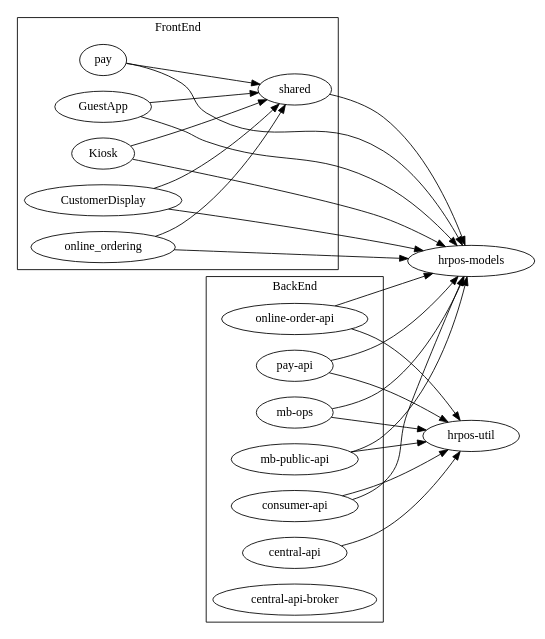
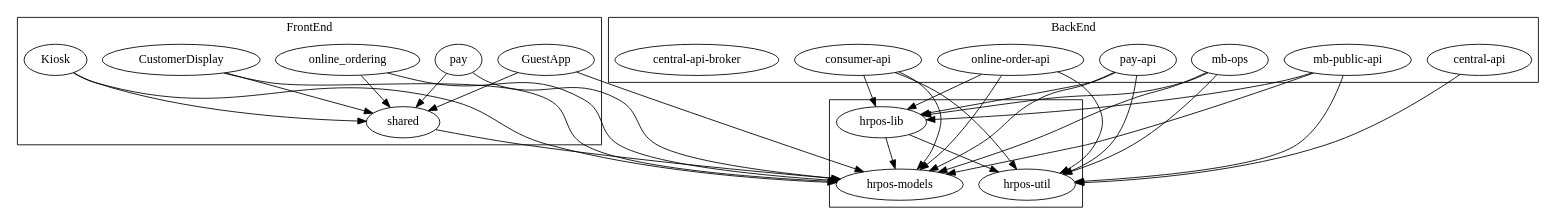
Before and after one commit to tnortman/notes: the diagram in dep-graphs/proposed.dot, drawn with Graphviz. The commit also changed 7 other files, not shown here.

Commit message:
More charts

```diff
--- a/dep-graphs/proposed.dot
+++ b/dep-graphs/proposed.dot
@@ -1,47 +1,50 @@
 digraph G {
-    rankdir="LR"
+    rankdir="TD"
 
     "GuestApp" -> { "hrpos-models" "shared" }
     "Kiosk" -> { "hrpos-models" "shared" }
     "CustomerDisplay" -> { "hrpos-models" "shared" }
     "online_ordering" -> { "hrpos-models" "shared" }
 
     "pay" -> { "hrpos-models" "shared" }
 
     "shared" -> "hrpos-models"
 
-    "consumer-api" -> { "hrpos-models" "hrpos-util" }
-    "online-order-api" -> { "hrpos-models" "hrpos-util" }
-    "pay-api" -> { "hrpos-models" "hrpos-util" }
-    "mb-ops" -> { "hrpos-models" "hrpos-util" }
-    "mb-public-api" -> { "hrpos-models" "hrpos-util" }
+    "consumer-api" -> { "hrpos-models" "hrpos-util" "hrpos-lib" }
+    "online-order-api" -> { "hrpos-models" "hrpos-util" "hrpos-lib" }
+    "pay-api" -> { "hrpos-models" "hrpos-util" "hrpos-lib" }
+    "mb-ops" -> { "hrpos-models" "hrpos-util" "hrpos-lib" }
+    "mb-public-api" -> { "hrpos-models" "hrpos-util" "hrpos-lib" }
     
-    "central-api" -> "hrpos-util"
-
-    "hrpos-util"
+    "central-api" -> {"hrpos-util"}
 
     "central-api-broker"
 
     subgraph cluster_apis {
         label="BackEnd"
         rank="same"
         "central-api"
         "mb-public-api"
         "pay-api"
         "consumer-api"
         "online-order-api"
         "mb-ops"
         "central-api-broker"
     }
 
     subgraph cluster_apps {
         label="FrontEnd"
         rank="same"
         "GuestApp"
         "Kiosk"
         "CustomerDisplay"
         "online_ordering"
         "pay"
         "shared"
     }
+
+    subgraph cluster_util {
+        rank="same"
+        "hrpos-lib" -> {"hrpos-util" "hrpos-models"}
+    }
 }
```
